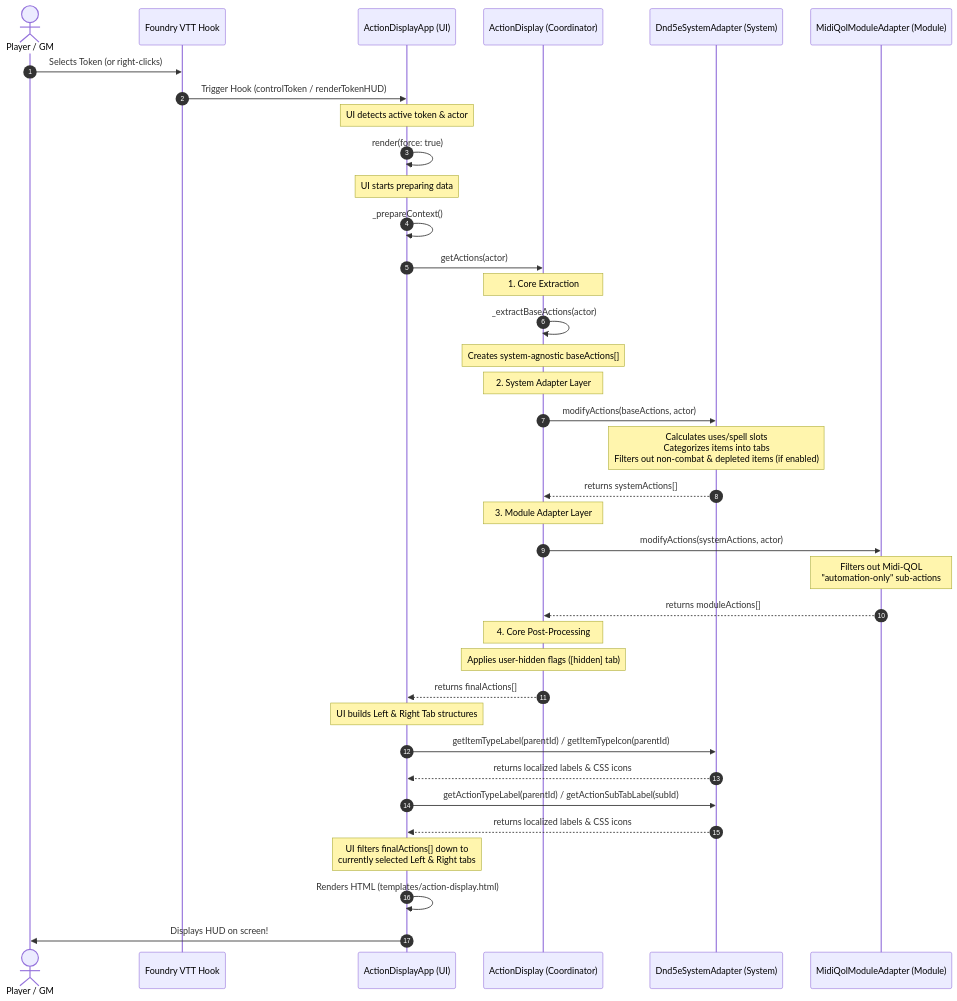
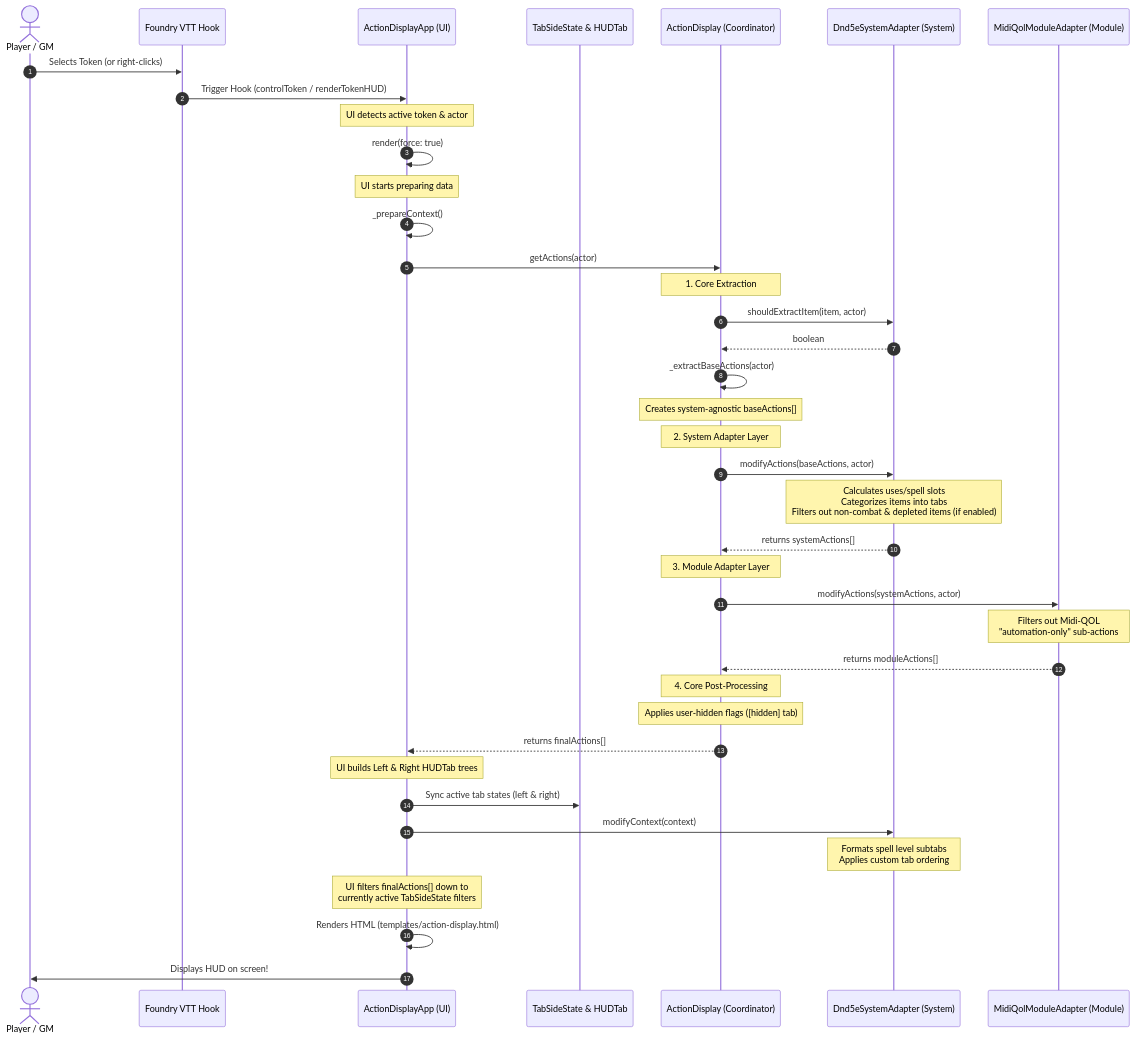
One commit to aljames-arctic/bakana-action-display changed the second of 2 diagrams in docs/architecture_guide.md. Above: the diagram before and after it, drawn with Mermaid. The commit also changed other lines of this file and 3 other files, not shown here.

Commit message:
docs: update README and docs with recent changes and function tree flowcharts

````diff
--- a/docs/architecture_guide.md
+++ b/docs/architecture_guide.md
@@ -169,50 +218,52 @@
 ```mermaid
 sequenceDiagram
     autonumber
     actor User as Player / GM
     participant Hook as Foundry VTT Hook
     participant UI as ActionDisplayApp (UI)
+    participant State as TabSideState & HUDTab
     participant Core as ActionDisplay (Coordinator)
     participant Sys as Dnd5eSystemAdapter (System)
     participant Mod as MidiQolModuleAdapter (Module)
 
     User->>Hook: Selects Token (or right-clicks)
     Hook->>UI: Trigger Hook (controlToken / renderTokenHUD)
     Note over UI: UI detects active token & actor
     UI->>UI: render(force: true)
     
     Note over UI: UI starts preparing data
     UI->>UI: _prepareContext()
     
     %% Core Pipeline Start
     UI->>Core: getActions(actor)
     Note over Core: 1. Core Extraction
+    Core->>Sys: shouldExtractItem(item, actor)
+    Sys-->>Core: boolean
     Core->>Core: _extractBaseActions(actor)
     Note over Core: Creates system-agnostic baseActions[]
     
     Note over Core: 2. System Adapter Layer
     Core->>Sys: modifyActions(baseActions, actor)
     Note over Sys: Calculates uses/spell slots<br/>Categorizes items into tabs<br/>Filters out non-combat & depleted items (if enabled)
     Sys-->>Core: returns systemActions[]
     
     Note over Core: 3. Module Adapter Layer
     Core->>Mod: modifyActions(systemActions, actor)
     Note over Mod: Filters out Midi-QOL<br/>"automation-only" sub-actions
     Mod-->>Core: returns moduleActions[]
     
     Note over Core: 4. Core Post-Processing
     Note over Core: Applies user-hidden flags ([hidden] tab)
     Core-->>UI: returns finalActions[]
     %% Core Pipeline End
 
-    Note over UI: UI builds Left & Right Tab structures
-    UI->>Sys: getItemTypeLabel(parentId) / getItemTypeIcon(parentId)
-    Sys-->>UI: returns localized labels & CSS icons
-    UI->>Sys: getActionTypeLabel(parentId) / getActionSubTabLabel(subId)
-    Sys-->>UI: returns localized labels & CSS icons
+    Note over UI: UI builds Left & Right HUDTab trees
+    UI->>State: Sync active tab states (left & right)
+    UI->>Sys: modifyContext(context)
+    Note over Sys: Formats spell level subtabs<br/>Applies custom tab ordering
     
-    Note over UI: UI filters finalActions[] down to<br/>currently selected Left & Right tabs
+    Note over UI: UI filters finalActions[] down to<br/>currently active TabSideState filters
     
     UI->>UI: Renders HTML (templates/action-display.html)
     UI->>User: Displays HUD on screen!
 ```
````
